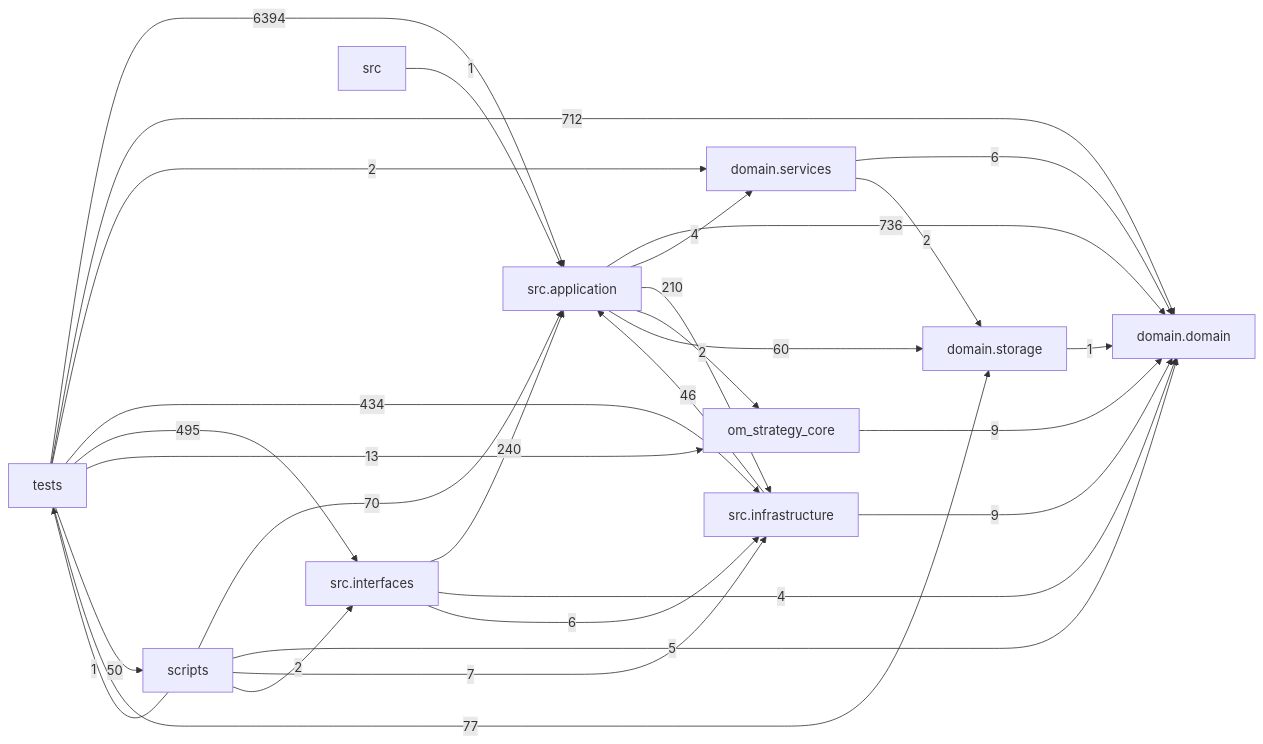
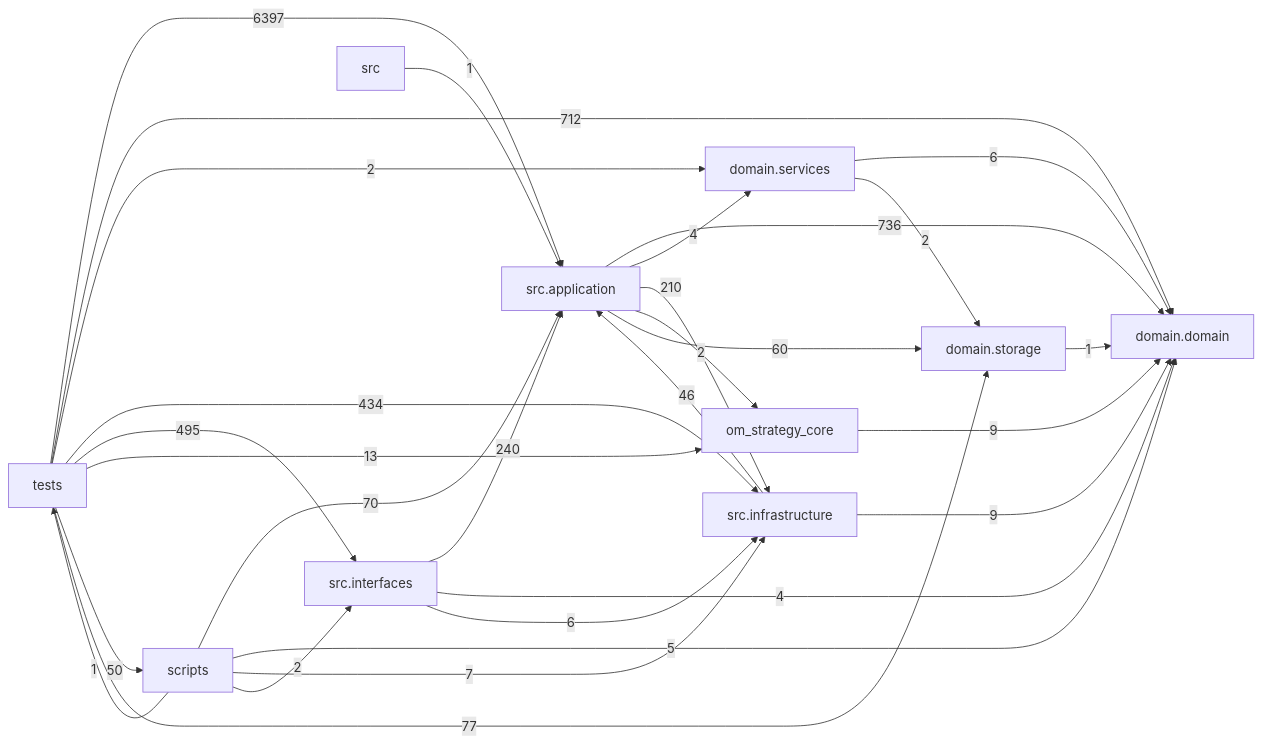
The diagram in docs/DEPENDENCY_GRAPH.md (liuxie066/options-monitor), drawn with Mermaid before and after one commit. The commit also changed other lines of this file and 3 other files, not shown here.

````diff
--- a/docs/DEPENDENCY_GRAPH.md
+++ b/docs/DEPENDENCY_GRAPH.md
@@ -24,39 +24,39 @@
 ```mermaid
 flowchart LR
   tests["tests"]
   scripts["scripts"]
   interfaces["src.interfaces"]
   application["src.application"]
   infrastructure["src.infrastructure"]
   domain_services["domain.services"]
   domain["domain.domain"]
   storage["domain.storage"]
   application -->|736| domain
   application -->|4| domain_services
   application -->|210| infrastructure
   application -->|2| om_strategy_core
   application -->|60| storage
   domain_services -->|6| domain
   domain_services -->|2| storage
   infrastructure -->|46| application
   infrastructure -->|9| domain
   interfaces -->|240| application
   interfaces -->|4| domain
   interfaces -->|6| infrastructure
   om_strategy_core -->|9| domain
   scripts -->|70| application
   scripts -->|5| domain
   scripts -->|7| infrastructure
   scripts -->|2| interfaces
   scripts -->|1| tests
   src -->|1| application
   storage -->|1| domain
-  tests -->|6394| application
+  tests -->|6397| application
   tests -->|712| domain
   tests -->|2| domain_services
   tests -->|434| infrastructure
   tests -->|495| interfaces
   tests -->|13| om_strategy_core
   tests -->|50| scripts
   tests -->|77| storage
 ```
````
